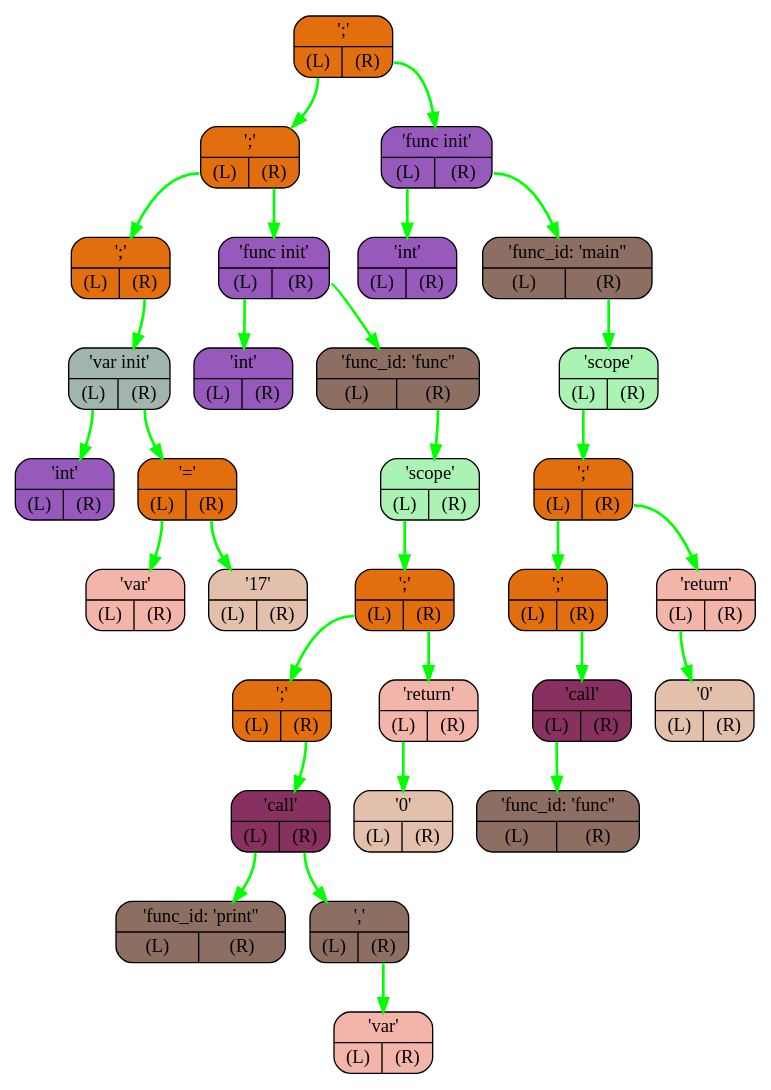
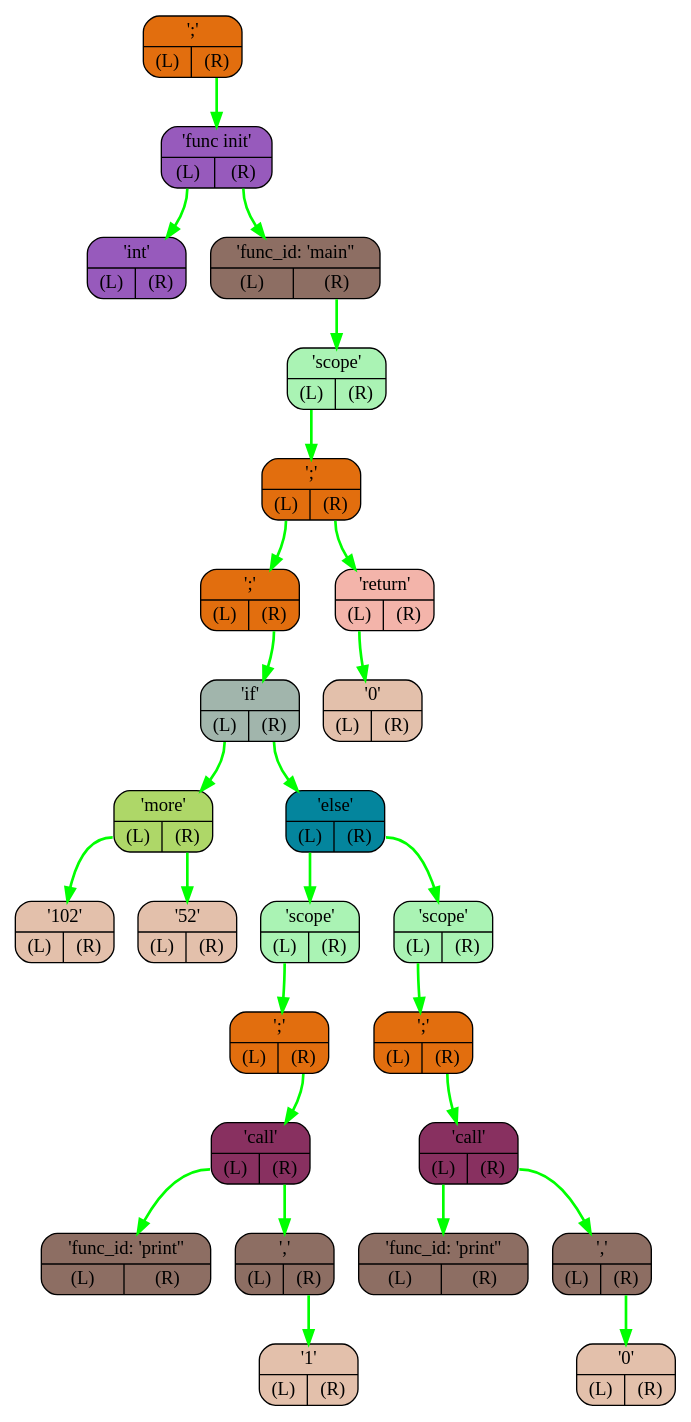
The diagram in FrontEnd/logs/graph.dot (I1Va/OptimaLang), drawn with Graphviz before and after one commit. The commit also changed 13 other files, not shown here.

```diff
--- a/FrontEnd/logs/graph.dot
+++ b/FrontEnd/logs/graph.dot
@@ -1,62 +1,54 @@
 digraph G{
     rankdir=TB;
-    NODE0x7ffee3ba3878[shape="Mrecord",color="black",fillcolor="#e26e0e",style="filled",label="{';' | {<L> (L) | <R> (R)}}"]
-    NODE0x7ffee3ba38a0[shape="Mrecord",color="black",fillcolor="#e26e0e",style="filled",label="{';' | {<L> (L) | <R> (R)}}"]
-    NODE0x7ffee3ba38c8[shape="Mrecord",color="black",fillcolor="#e26e0e",style="filled",label="{';' | {<L> (L) | <R> (R)}}"]
-    NODE0x7ffee3ba38f0[shape="Mrecord",color="black",fillcolor="#a1b5ac",style="filled",label="{'var init' | {<L> (L) | <R> (R)}}"]
-    NODE0x7ffee3ba3918[shape="Mrecord",color="black",fillcolor="#975abc",style="filled",label="{'int' | {<L> (L) | <R> (R)}}"]
-    NODE0x7ffee3ba3940[shape="Mrecord",color="black",fillcolor="#e26e0e",style="filled",label="{'=' | {<L> (L) | <R> (R)}}"]
-    NODE0x7ffee3ba3968[shape="Mrecord",color="black",fillcolor="#f3b4aa",style="filled",label="{'var' | {<L> (L) | <R> (R)}}"]
-    NODE0x7ffee3ba3990[shape="Mrecord",color="black",fillcolor="#e3c0ab",style="filled",label="{'17' | {<L> (L) | <R> (R)}}"]
-    NODE0x7ffee3ba39b8[shape="Mrecord",color="black",fillcolor="#975abc",style="filled",label="{'func init' | {<L> (L) | <R> (R)}}"]
-    NODE0x7ffee3ba39e0[shape="Mrecord",color="black",fillcolor="#975abc",style="filled",label="{'int' | {<L> (L) | <R> (R)}}"]
-    NODE0x7ffee3ba3a08[shape="Mrecord",color="black",fillcolor="#8d6e63",style="filled",label="{'func_id: 'func'' | {<L> (L) | <R> (R)}}"]
-    NODE0x7ffee3ba3a30[shape="Mrecord",color="black",fillcolor="#aaf3b4",style="filled",label="{'scope' | {<L> (L) | <R> (R)}}"]
-    NODE0x7ffee3ba3a58[shape="Mrecord",color="black",fillcolor="#e26e0e",style="filled",label="{';' | {<L> (L) | <R> (R)}}"]
-    NODE0x7ffee3ba3a80[shape="Mrecord",color="black",fillcolor="#e26e0e",style="filled",label="{';' | {<L> (L) | <R> (R)}}"]
-    NODE0x7ffee3ba3aa8[shape="Mrecord",color="black",fillcolor="#883060",style="filled",label="{'call' | {<L> (L) | <R> (R)}}"]
-    NODE0x7ffee3ba3ad0[shape="Mrecord",color="black",fillcolor="#8d6e63",style="filled",label="{'func_id: 'print'' | {<L> (L) | <R> (R)}}"]
-    NODE0x7ffee3ba3af8[shape="Mrecord",color="black",fillcolor="#8d6e63",style="filled",label="{',' | {<L> (L) | <R> (R)}}"]
-    NODE0x7ffee3ba3b20[shape="Mrecord",color="black",fillcolor="#f3b4aa",style="filled",label="{'var' | {<L> (L) | <R> (R)}}"]
-    NODE0x7ffee3ba3b48[shape="Mrecord",color="black",fillcolor="#f3b4aa",style="filled",label="{'return' | {<L> (L) | <R> (R)}}"]
-    NODE0x7ffee3ba3b70[shape="Mrecord",color="black",fillcolor="#e3c0ab",style="filled",label="{'0' | {<L> (L) | <R> (R)}}"]
-    NODE0x7ffee3ba3b98[shape="Mrecord",color="black",fillcolor="#975abc",style="filled",label="{'func init' | {<L> (L) | <R> (R)}}"]
-    NODE0x7ffee3ba3bc0[shape="Mrecord",color="black",fillcolor="#975abc",style="filled",label="{'int' | {<L> (L) | <R> (R)}}"]
-    NODE0x7ffee3ba3be8[shape="Mrecord",color="black",fillcolor="#8d6e63",style="filled",label="{'func_id: 'main'' | {<L> (L) | <R> (R)}}"]
-    NODE0x7ffee3ba3c10[shape="Mrecord",color="black",fillcolor="#aaf3b4",style="filled",label="{'scope' | {<L> (L) | <R> (R)}}"]
-    NODE0x7ffee3ba3c38[shape="Mrecord",color="black",fillcolor="#e26e0e",style="filled",label="{';' | {<L> (L) | <R> (R)}}"]
-    NODE0x7ffee3ba3c60[shape="Mrecord",color="black",fillcolor="#e26e0e",style="filled",label="{';' | {<L> (L) | <R> (R)}}"]
-    NODE0x7ffee3ba3c88[shape="Mrecord",color="black",fillcolor="#883060",style="filled",label="{'call' | {<L> (L) | <R> (R)}}"]
-    NODE0x7ffee3ba3cb0[shape="Mrecord",color="black",fillcolor="#8d6e63",style="filled",label="{'func_id: 'func'' | {<L> (L) | <R> (R)}}"]
-    NODE0x7ffee3ba3cd8[shape="Mrecord",color="black",fillcolor="#f3b4aa",style="filled",label="{'return' | {<L> (L) | <R> (R)}}"]
-    NODE0x7ffee3ba3d00[shape="Mrecord",color="black",fillcolor="#e3c0ab",style="filled",label="{'0' | {<L> (L) | <R> (R)}}"]
-    NODE0x7ffee3ba3940:L-> NODE0x7ffee3ba3968 [color="#00FF00",penwidth=2,label=""]
-    NODE0x7ffee3ba3940:R-> NODE0x7ffee3ba3990 [color="#00FF00",penwidth=2,label=""]
-    NODE0x7ffee3ba38f0:L-> NODE0x7ffee3ba3918 [color="#00FF00",penwidth=2,label=""]
-    NODE0x7ffee3ba38f0:R-> NODE0x7ffee3ba3940 [color="#00FF00",penwidth=2,label=""]
-    NODE0x7ffee3ba38c8:R-> NODE0x7ffee3ba38f0 [color="#00FF00",penwidth=2,label=""]
-    NODE0x7ffee3ba3af8:R-> NODE0x7ffee3ba3b20 [color="#00FF00",penwidth=2,label=""]
-    NODE0x7ffee3ba3aa8:L-> NODE0x7ffee3ba3ad0 [color="#00FF00",penwidth=2,label=""]
-    NODE0x7ffee3ba3aa8:R-> NODE0x7ffee3ba3af8 [color="#00FF00",penwidth=2,label=""]
-    NODE0x7ffee3ba3a80:R-> NODE0x7ffee3ba3aa8 [color="#00FF00",penwidth=2,label=""]
-    NODE0x7ffee3ba3b48:L-> NODE0x7ffee3ba3b70 [color="#00FF00",penwidth=2,label=""]
-    NODE0x7ffee3ba3a58:L-> NODE0x7ffee3ba3a80 [color="#00FF00",penwidth=2,label=""]
-    NODE0x7ffee3ba3a58:R-> NODE0x7ffee3ba3b48 [color="#00FF00",penwidth=2,label=""]
-    NODE0x7ffee3ba3a30:L-> NODE0x7ffee3ba3a58 [color="#00FF00",penwidth=2,label=""]
-    NODE0x7ffee3ba3a08:R-> NODE0x7ffee3ba3a30 [color="#00FF00",penwidth=2,label=""]
-    NODE0x7ffee3ba39b8:L-> NODE0x7ffee3ba39e0 [color="#00FF00",penwidth=2,label=""]
-    NODE0x7ffee3ba39b8:R-> NODE0x7ffee3ba3a08 [color="#00FF00",penwidth=2,label=""]
-    NODE0x7ffee3ba38a0:L-> NODE0x7ffee3ba38c8 [color="#00FF00",penwidth=2,label=""]
-    NODE0x7ffee3ba38a0:R-> NODE0x7ffee3ba39b8 [color="#00FF00",penwidth=2,label=""]
-    NODE0x7ffee3ba3c88:L-> NODE0x7ffee3ba3cb0 [color="#00FF00",penwidth=2,label=""]
-    NODE0x7ffee3ba3c60:R-> NODE0x7ffee3ba3c88 [color="#00FF00",penwidth=2,label=""]
-    NODE0x7ffee3ba3cd8:L-> NODE0x7ffee3ba3d00 [color="#00FF00",penwidth=2,label=""]
-    NODE0x7ffee3ba3c38:L-> NODE0x7ffee3ba3c60 [color="#00FF00",penwidth=2,label=""]
-    NODE0x7ffee3ba3c38:R-> NODE0x7ffee3ba3cd8 [color="#00FF00",penwidth=2,label=""]
-    NODE0x7ffee3ba3c10:L-> NODE0x7ffee3ba3c38 [color="#00FF00",penwidth=2,label=""]
-    NODE0x7ffee3ba3be8:R-> NODE0x7ffee3ba3c10 [color="#00FF00",penwidth=2,label=""]
-    NODE0x7ffee3ba3b98:L-> NODE0x7ffee3ba3bc0 [color="#00FF00",penwidth=2,label=""]
-    NODE0x7ffee3ba3b98:R-> NODE0x7ffee3ba3be8 [color="#00FF00",penwidth=2,label=""]
-    NODE0x7ffee3ba3878:L-> NODE0x7ffee3ba38a0 [color="#00FF00",penwidth=2,label=""]
-    NODE0x7ffee3ba3878:R-> NODE0x7ffee3ba3b98 [color="#00FF00",penwidth=2,label=""]
+    NODE0x7ffd2b387d58[shape="Mrecord",color="black",fillcolor="#e26e0e",style="filled",label="{';' | {<L> (L) | <R> (R)}}"]
+    NODE0x7ffd2b387d80[shape="Mrecord",color="black",fillcolor="#975abc",style="filled",label="{'func init' | {<L> (L) | <R> (R)}}"]
+    NODE0x7ffd2b387da8[shape="Mrecord",color="black",fillcolor="#975abc",style="filled",label="{'int' | {<L> (L) | <R> (R)}}"]
+    NODE0x7ffd2b387dd0[shape="Mrecord",color="black",fillcolor="#8d6e63",style="filled",label="{'func_id: 'main'' | {<L> (L) | <R> (R)}}"]
+    NODE0x7ffd2b387df8[shape="Mrecord",color="black",fillcolor="#aaf3b4",style="filled",label="{'scope' | {<L> (L) | <R> (R)}}"]
+    NODE0x7ffd2b387e20[shape="Mrecord",color="black",fillcolor="#e26e0e",style="filled",label="{';' | {<L> (L) | <R> (R)}}"]
+    NODE0x7ffd2b387e48[shape="Mrecord",color="black",fillcolor="#e26e0e",style="filled",label="{';' | {<L> (L) | <R> (R)}}"]
+    NODE0x7ffd2b387e70[shape="Mrecord",color="black",fillcolor="#a1b5ac",style="filled",label="{'if' | {<L> (L) | <R> (R)}}"]
+    NODE0x7ffd2b387e98[shape="Mrecord",color="black",fillcolor="#aed768",style="filled",label="{'more' | {<L> (L) | <R> (R)}}"]
+    NODE0x7ffd2b387ec0[shape="Mrecord",color="black",fillcolor="#e3c0ab",style="filled",label="{'102' | {<L> (L) | <R> (R)}}"]
+    NODE0x7ffd2b387ee8[shape="Mrecord",color="black",fillcolor="#e3c0ab",style="filled",label="{'52' | {<L> (L) | <R> (R)}}"]
+    NODE0x7ffd2b387f10[shape="Mrecord",color="black",fillcolor="#04859D",style="filled",label="{'else' | {<L> (L) | <R> (R)}}"]
+    NODE0x7ffd2b387f38[shape="Mrecord",color="black",fillcolor="#aaf3b4",style="filled",label="{'scope' | {<L> (L) | <R> (R)}}"]
+    NODE0x7ffd2b387f60[shape="Mrecord",color="black",fillcolor="#e26e0e",style="filled",label="{';' | {<L> (L) | <R> (R)}}"]
+    NODE0x7ffd2b387f88[shape="Mrecord",color="black",fillcolor="#883060",style="filled",label="{'call' | {<L> (L) | <R> (R)}}"]
+    NODE0x7ffd2b387fb0[shape="Mrecord",color="black",fillcolor="#8d6e63",style="filled",label="{'func_id: 'print'' | {<L> (L) | <R> (R)}}"]
+    NODE0x7ffd2b387fd8[shape="Mrecord",color="black",fillcolor="#8d6e63",style="filled",label="{',' | {<L> (L) | <R> (R)}}"]
+    NODE0x7ffd2b388000[shape="Mrecord",color="black",fillcolor="#e3c0ab",style="filled",label="{'1' | {<L> (L) | <R> (R)}}"]
+    NODE0x7ffd2b388028[shape="Mrecord",color="black",fillcolor="#aaf3b4",style="filled",label="{'scope' | {<L> (L) | <R> (R)}}"]
+    NODE0x7ffd2b388050[shape="Mrecord",color="black",fillcolor="#e26e0e",style="filled",label="{';' | {<L> (L) | <R> (R)}}"]
+    NODE0x7ffd2b388078[shape="Mrecord",color="black",fillcolor="#883060",style="filled",label="{'call' | {<L> (L) | <R> (R)}}"]
+    NODE0x7ffd2b3880a0[shape="Mrecord",color="black",fillcolor="#8d6e63",style="filled",label="{'func_id: 'print'' | {<L> (L) | <R> (R)}}"]
+    NODE0x7ffd2b3880c8[shape="Mrecord",color="black",fillcolor="#8d6e63",style="filled",label="{',' | {<L> (L) | <R> (R)}}"]
+    NODE0x7ffd2b3880f0[shape="Mrecord",color="black",fillcolor="#e3c0ab",style="filled",label="{'0' | {<L> (L) | <R> (R)}}"]
+    NODE0x7ffd2b388118[shape="Mrecord",color="black",fillcolor="#f3b4aa",style="filled",label="{'return' | {<L> (L) | <R> (R)}}"]
+    NODE0x7ffd2b388140[shape="Mrecord",color="black",fillcolor="#e3c0ab",style="filled",label="{'0' | {<L> (L) | <R> (R)}}"]
+    NODE0x7ffd2b387e98:L-> NODE0x7ffd2b387ec0 [color="#00FF00",penwidth=2,label=""]
+    NODE0x7ffd2b387e98:R-> NODE0x7ffd2b387ee8 [color="#00FF00",penwidth=2,label=""]
+    NODE0x7ffd2b387fd8:R-> NODE0x7ffd2b388000 [color="#00FF00",penwidth=2,label=""]
+    NODE0x7ffd2b387f88:L-> NODE0x7ffd2b387fb0 [color="#00FF00",penwidth=2,label=""]
+    NODE0x7ffd2b387f88:R-> NODE0x7ffd2b387fd8 [color="#00FF00",penwidth=2,label=""]
+    NODE0x7ffd2b387f60:R-> NODE0x7ffd2b387f88 [color="#00FF00",penwidth=2,label=""]
+    NODE0x7ffd2b387f38:L-> NODE0x7ffd2b387f60 [color="#00FF00",penwidth=2,label=""]
+    NODE0x7ffd2b3880c8:R-> NODE0x7ffd2b3880f0 [color="#00FF00",penwidth=2,label=""]
+    NODE0x7ffd2b388078:L-> NODE0x7ffd2b3880a0 [color="#00FF00",penwidth=2,label=""]
+    NODE0x7ffd2b388078:R-> NODE0x7ffd2b3880c8 [color="#00FF00",penwidth=2,label=""]
+    NODE0x7ffd2b388050:R-> NODE0x7ffd2b388078 [color="#00FF00",penwidth=2,label=""]
+    NODE0x7ffd2b388028:L-> NODE0x7ffd2b388050 [color="#00FF00",penwidth=2,label=""]
+    NODE0x7ffd2b387f10:L-> NODE0x7ffd2b387f38 [color="#00FF00",penwidth=2,label=""]
+    NODE0x7ffd2b387f10:R-> NODE0x7ffd2b388028 [color="#00FF00",penwidth=2,label=""]
+    NODE0x7ffd2b387e70:L-> NODE0x7ffd2b387e98 [color="#00FF00",penwidth=2,label=""]
+    NODE0x7ffd2b387e70:R-> NODE0x7ffd2b387f10 [color="#00FF00",penwidth=2,label=""]
+    NODE0x7ffd2b387e48:R-> NODE0x7ffd2b387e70 [color="#00FF00",penwidth=2,label=""]
+    NODE0x7ffd2b388118:L-> NODE0x7ffd2b388140 [color="#00FF00",penwidth=2,label=""]
+    NODE0x7ffd2b387e20:L-> NODE0x7ffd2b387e48 [color="#00FF00",penwidth=2,label=""]
+    NODE0x7ffd2b387e20:R-> NODE0x7ffd2b388118 [color="#00FF00",penwidth=2,label=""]
+    NODE0x7ffd2b387df8:L-> NODE0x7ffd2b387e20 [color="#00FF00",penwidth=2,label=""]
+    NODE0x7ffd2b387dd0:R-> NODE0x7ffd2b387df8 [color="#00FF00",penwidth=2,label=""]
+    NODE0x7ffd2b387d80:L-> NODE0x7ffd2b387da8 [color="#00FF00",penwidth=2,label=""]
+    NODE0x7ffd2b387d80:R-> NODE0x7ffd2b387dd0 [color="#00FF00",penwidth=2,label=""]
+    NODE0x7ffd2b387d58:R-> NODE0x7ffd2b387d80 [color="#00FF00",penwidth=2,label=""]
 }
```
